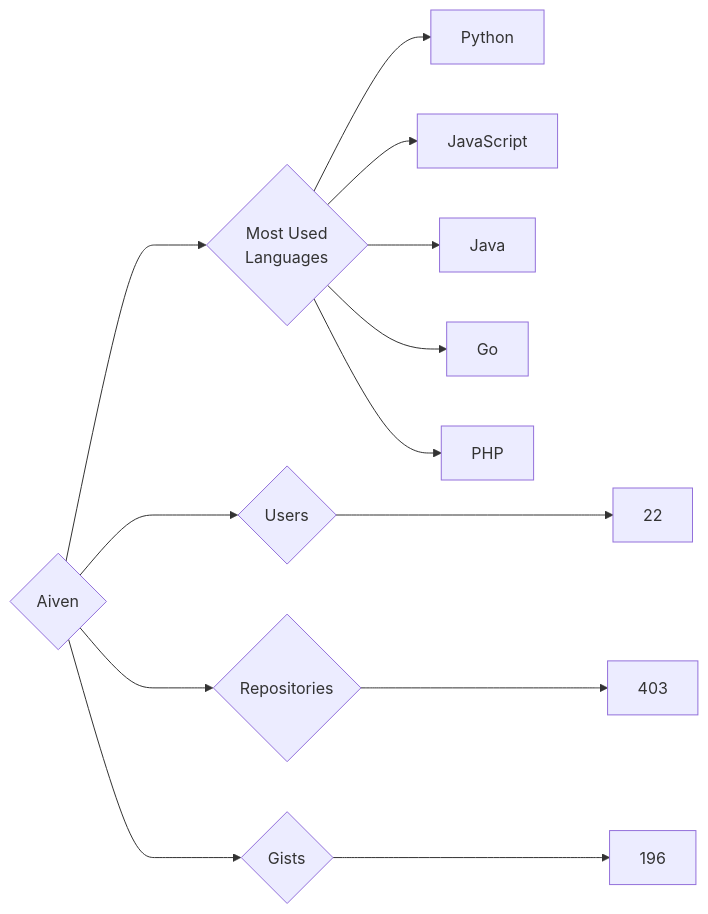
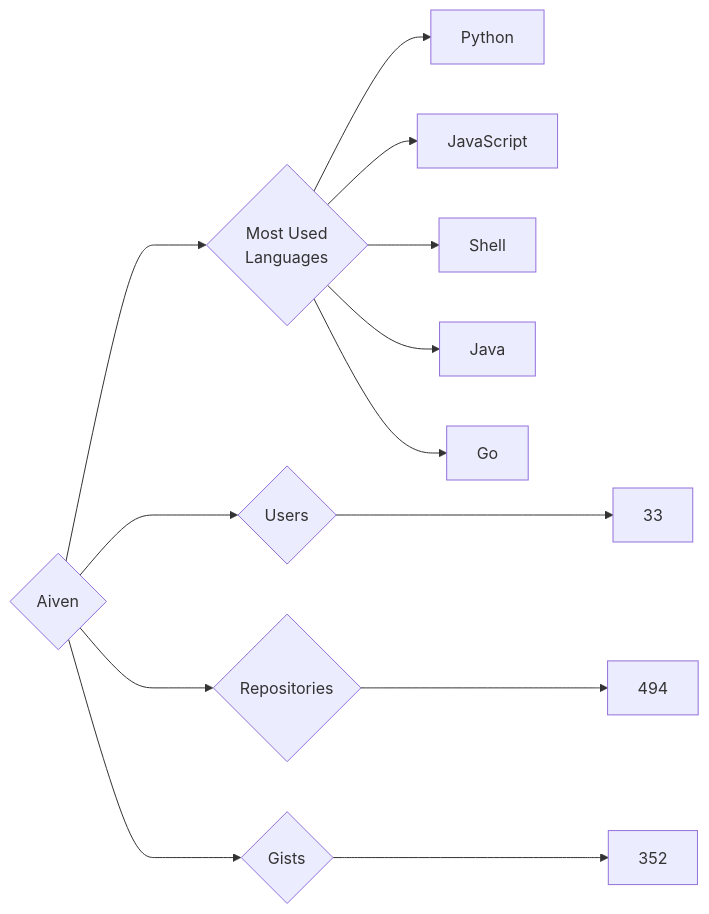
Before and after one commit to trickest/insiders: the diagram in targets/Aiven/README.md, drawn with Mermaid. The commit also changed 569 other files, not shown here.

````diff
--- a/targets/Aiven/README.md
+++ b/targets/Aiven/README.md
@@ -3,13 +3,13 @@
 ```mermaid
 graph LR
 COMPANY_NAME{Aiven}
-COMPANY_NAME ---> U{Users} ---> UN[22]
-COMPANY_NAME ---> R{Repositories} ---> RN[403]
-COMPANY_NAME ---> G{Gists} ---> GN[196]
+COMPANY_NAME ---> U{Users} ---> UN[33]
+COMPANY_NAME ---> R{Repositories} ---> RN[494]
+COMPANY_NAME ---> G{Gists} ---> GN[352]
 COMPANY_NAME ---> ML{Most Used<br>Languages}
 ML --> Python[Python]
 ML --> JavaScript[JavaScript]
+ML --> Shell[Shell]
 ML --> Java[Java]
 ML --> Go[Go]
-ML --> PHP[PHP]
 ```
````
